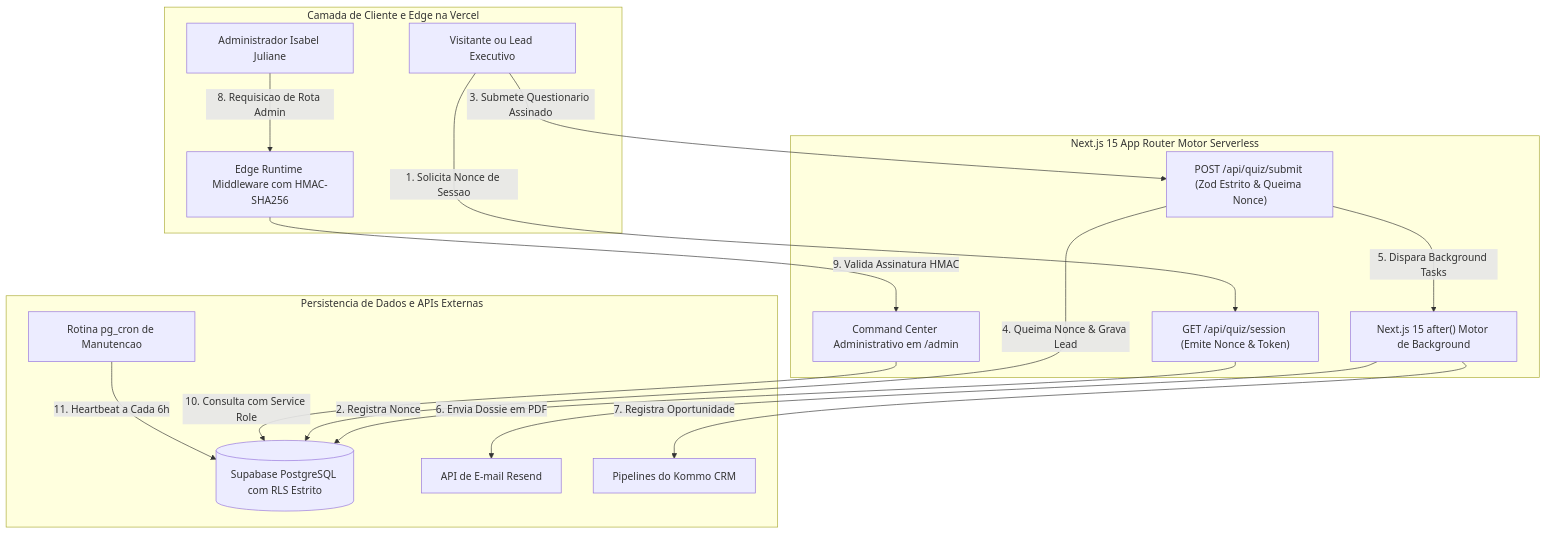
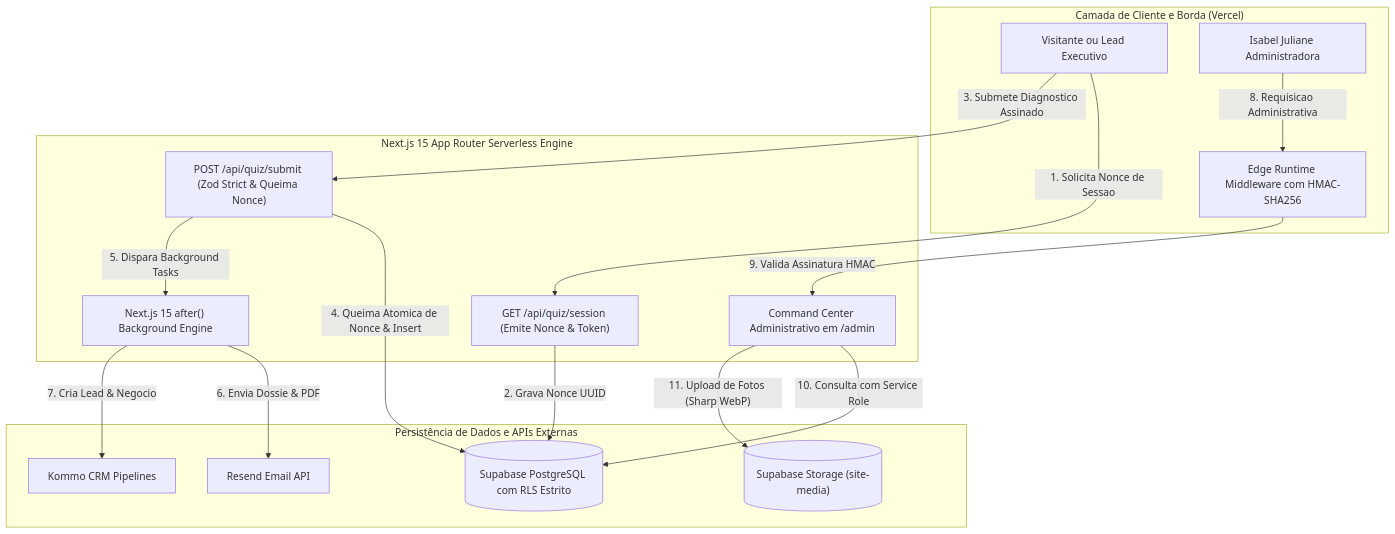
Before and after one commit to matheus-valpassos/isabel-juliane-case-study: the diagram in README.pt-BR.md, drawn with Mermaid. The commit also changed other lines of this file and 1 other file, not shown here.

First line of the commit message:
docs(case-study): 🚀 update architecture showcase with clean architecture, meta whatsapp and cta editor

````diff
--- a/README.pt-BR.md
+++ b/README.pt-BR.md
@@ -144,35 +156,35 @@
 ```mermaid
 flowchart TD
-    subgraph ClientLayer ["Camada de Cliente e Edge na Vercel"]
+    subgraph ClientLayer ["Camada de Cliente e Borda (Vercel)"]
         User["Visitante ou Lead Executivo"]
-        Admin["Administrador Isabel Juliane"]
+        Admin["Isabel Juliane Administradora"]
         EdgeMW["Edge Runtime Middleware com HMAC-SHA256"]
     end
 
-    subgraph AppLayer ["Next.js 15 App Router Motor Serverless"]
+    subgraph AppLayer ["Next.js 15 App Router Serverless Engine"]
         SessionAPI["GET /api/quiz/session (Emite Nonce & Token)"]
-        SubmitAPI["POST /api/quiz/submit (Zod Estrito & Queima Nonce)"]
+        SubmitAPI["POST /api/quiz/submit (Zod Strict & Queima Nonce)"]
         AdminHub["Command Center Administrativo em /admin"]
-        BackgroundTask["Next.js 15 after() Motor de Background"]
+        BackgroundTask["Next.js 15 after() Background Engine"]
     end
 
-    subgraph DataLayer ["Persistencia de Dados e APIs Externas"]
+    subgraph DataLayer ["Persistência de Dados e APIs Externas"]
         SupabaseDB[("Supabase PostgreSQL com RLS Estrito")]
-        ResendAPI["API de E-mail Resend"]
-        KommoCRM["Pipelines do Kommo CRM"]
-        CronJob["Rotina pg_cron de Manutencao"]
+        StorageBucket[("Supabase Storage (site-media)")]
+        ResendAPI["Resend Email API"]
+        KommoCRM["Kommo CRM Pipelines"]
     end
 
     User -->|"1. Solicita Nonce de Sessao"| SessionAPI
-    SessionAPI -->|"2. Registra Nonce"| SupabaseDB
-    User -->|"3. Submete Questionario Assinado"| SubmitAPI
-    SubmitAPI -->|"4. Queima Nonce & Grava Lead"| SupabaseDB
+    SessionAPI -->|"2. Grava Nonce UUID"| SupabaseDB
+    User -->|"3. Submete Diagnostico Assinado"| SubmitAPI
+    SubmitAPI -->|"4. Queima Atomica de Nonce & Insert"| SupabaseDB
     SubmitAPI -->|"5. Dispara Background Tasks"| BackgroundTask
-    BackgroundTask -->|"6. Envia Dossie em PDF"| ResendAPI
-    BackgroundTask -->|"7. Registra Oportunidade"| KommoCRM
+    BackgroundTask -->|"6. Envia Dossie & PDF"| ResendAPI
+    BackgroundTask -->|"7. Cria Lead & Negocio"| KommoCRM
 
-    Admin -->|"8. Requisicao de Rota Admin"| EdgeMW
+    Admin -->|"8. Requisicao Administrativa"| EdgeMW
     EdgeMW -->|"9. Valida Assinatura HMAC"| AdminHub
     AdminHub -->|"10. Consulta com Service Role"| SupabaseDB
-    CronJob -->|"11. Heartbeat a Cada 6h"| SupabaseDB
+    AdminHub -->|"11. Upload de Fotos (Sharp WebP)"| StorageBucket
 ```
````
